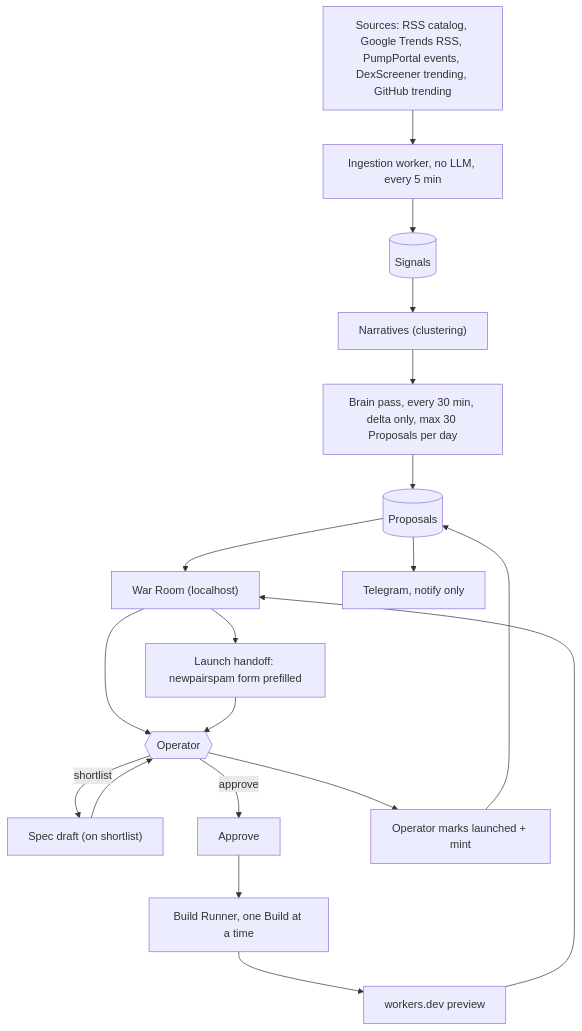
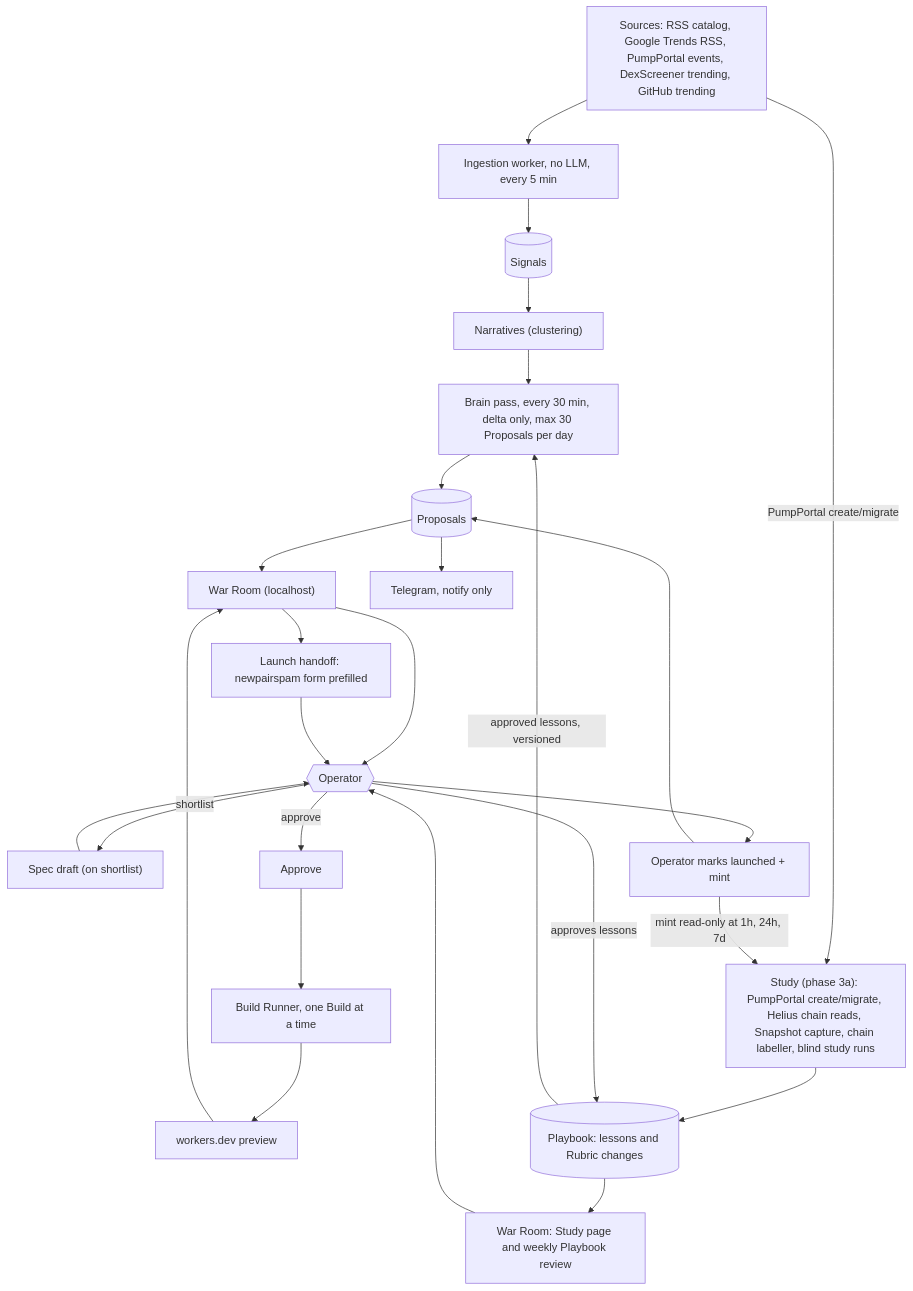
One commit to LuisPacx/argus changed the first of 3 diagrams in docs/architecture.md. Above: the diagram before and after it, drawn with Mermaid. The commit also changed other lines of this file and 1 other file, not shown here.

First line of the commit message:
Phase 3 ticket 12: update architecture.md for the Study, Playbook and 3a/3b

````diff
--- a/docs/architecture.md
+++ b/docs/architecture.md
@@ -13,32 +13,40 @@
 ```mermaid
 flowchart TD
   SRC["Sources: RSS catalog, Google Trends RSS, PumpPortal events, DexScreener trending, GitHub trending"]
   ING["Ingestion worker, no LLM, every 5 min"]
   SIG[("Signals")]
   NAR["Narratives (clustering)"]
   BRAIN["Brain pass, every 30 min, delta only, max 30 Proposals per day"]
   PROP[("Proposals")]
   WR["War Room (localhost)"]
   TG["Telegram, notify only"]
   OP{{"Operator"}}
   SPEC["Spec draft (on shortlist)"]
   APPR["Approve"]
   BR["Build Runner, one Build at a time"]
   PREV["workers.dev preview"]
   HAND["Launch handoff: newpairspam form prefilled"]
   MARK["Operator marks launched + mint"]
+  STUDY["Study (phase 3a): PumpPortal create/migrate, Helius chain reads, Snapshot capture, chain labeller, blind study runs"]
+  PB[("Playbook: lessons and Rubric changes")]
+  REV["War Room: Study page and weekly Playbook review"]
 
   SRC --> ING --> SIG --> NAR --> BRAIN --> PROP
   PROP --> WR
   PROP --> TG
   WR --> OP
   OP -->|shortlist| SPEC
   SPEC --> OP
   OP -->|approve| APPR --> BR
   BR --> PREV
   PREV --> WR
   WR --> HAND
   HAND --> OP
   OP --> MARK
   MARK --> PROP
+  SRC -->|"PumpPortal create/migrate"| STUDY
+  STUDY --> PB --> REV --> OP
+  OP -->|"approves lessons"| PB
+  PB -->|"approved lessons, versioned"| BRAIN
+  MARK -->|"mint read-only at 1h, 24h, 7d"| STUDY
 ```
````
